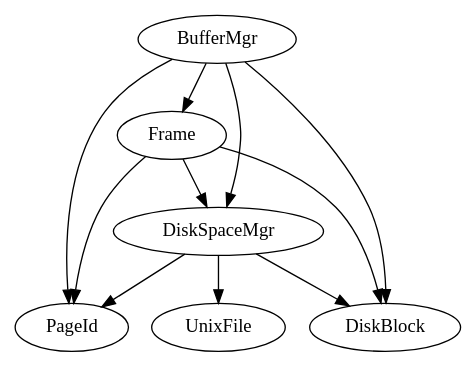
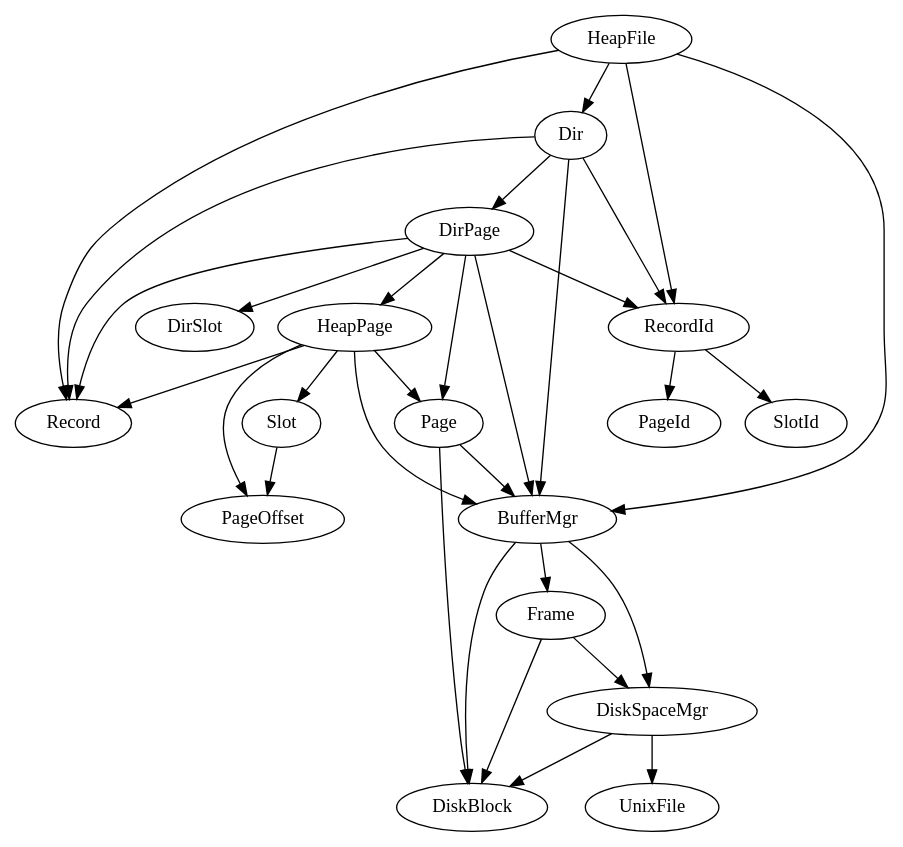
Before and after one commit to romz-pl/romzdb: the diagram in doc/class-dependency.gv, drawn with Graphviz. The commit also changed 1 other file, not shown here.

Commit message:
Graph of class dependency updated

```diff
--- a/doc/class-dependency.gv
+++ b/doc/class-dependency.gv
@@ -1,18 +1,58 @@
 #
 # dot -Tpng class-dependency.gv -o class-dependency.png
 #
 digraph G {
-DiskSpaceMgr -> UnixFile;
-DiskSpaceMgr -> PageId;
-DiskSpaceMgr -> DiskBlock; 
 
 BufferMgr -> DiskBlock;
 BufferMgr -> Frame;
-BufferMgr -> PageId;
+# BufferMgr -> PageId;
 BufferMgr -> DiskSpaceMgr;
 
-Frame -> PageId;
+Dir -> BufferMgr;
+# Dir -> PageId;
+Dir -> Record;
+Dir -> RecordId;
+Dir -> DirPage;
+
+DirPage -> Page;
+DirPage -> BufferMgr;
+# DirPage -> PageId;
+DirPage -> Record;
+DirPage -> RecordId;
+DirPage -> DirSlot;
+DirPage -> HeapPage;
+
+# DirSlot -> PageId;
+
+DiskSpaceMgr -> UnixFile;
+# DiskSpaceMgr -> PageId;
+DiskSpaceMgr -> DiskBlock; 
+
+# Frame -> PageId;
 Frame -> DiskBlock;
 Frame -> DiskSpaceMgr;
 
+HeapFile -> BufferMgr;
+# HeapFile -> PageId;
+HeapFile -> Record;
+HeapFile -> RecordId;
+HeapFile -> Dir;
+
+HeapPage -> Page;
+HeapPage -> BufferMgr;
+#HeapPage -> PageId;
+#HeapPage -> SlotId;
+HeapPage -> Record;
+HeapPage -> PageOffset;
+HeapPage -> Slot;
+
+Page -> BufferMgr;
+# Page -> PageId;
+Page -> DiskBlock;
+
+RecordId -> PageId;
+RecordId -> SlotId;
+
+Slot -> PageOffset;
+
 }
```
